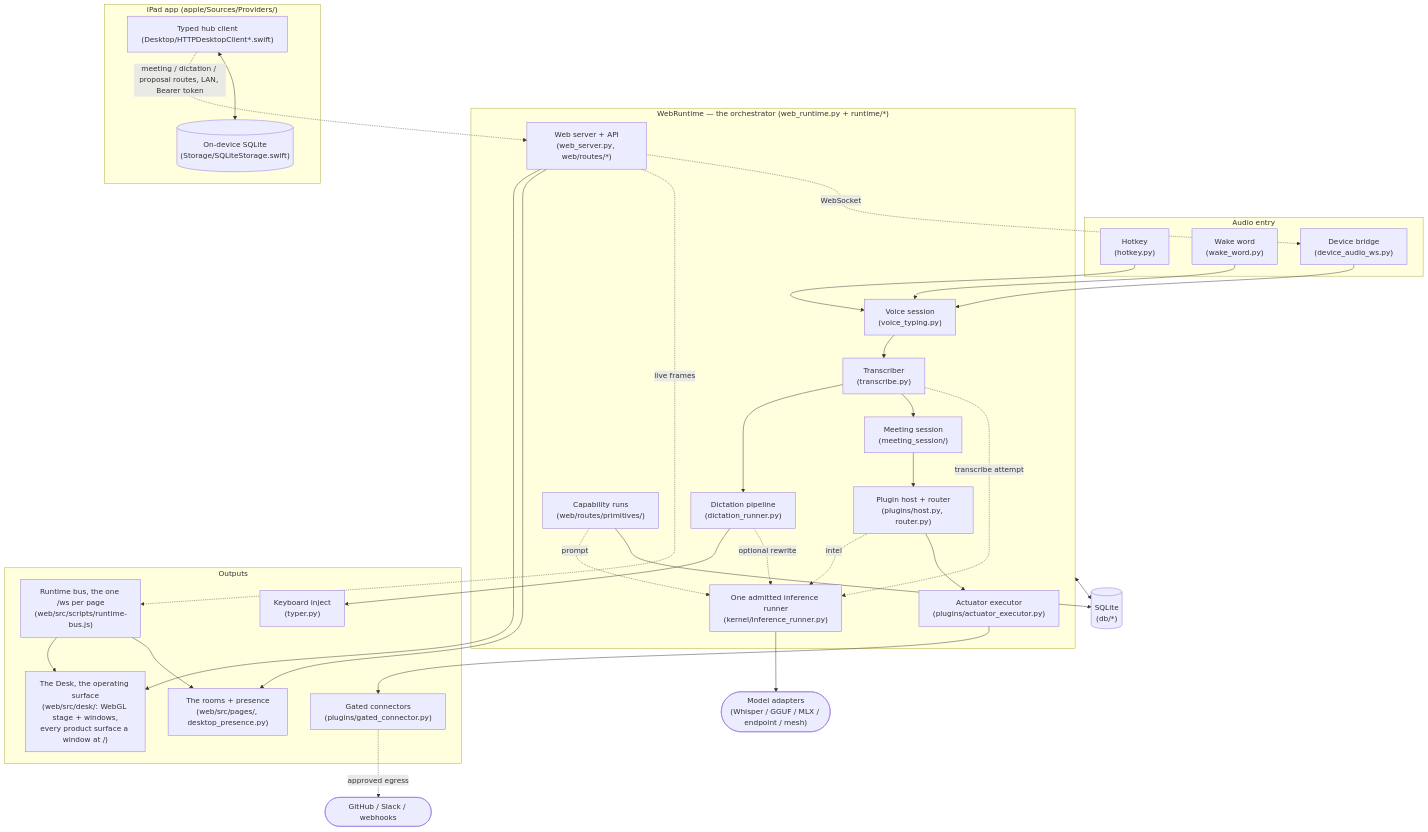
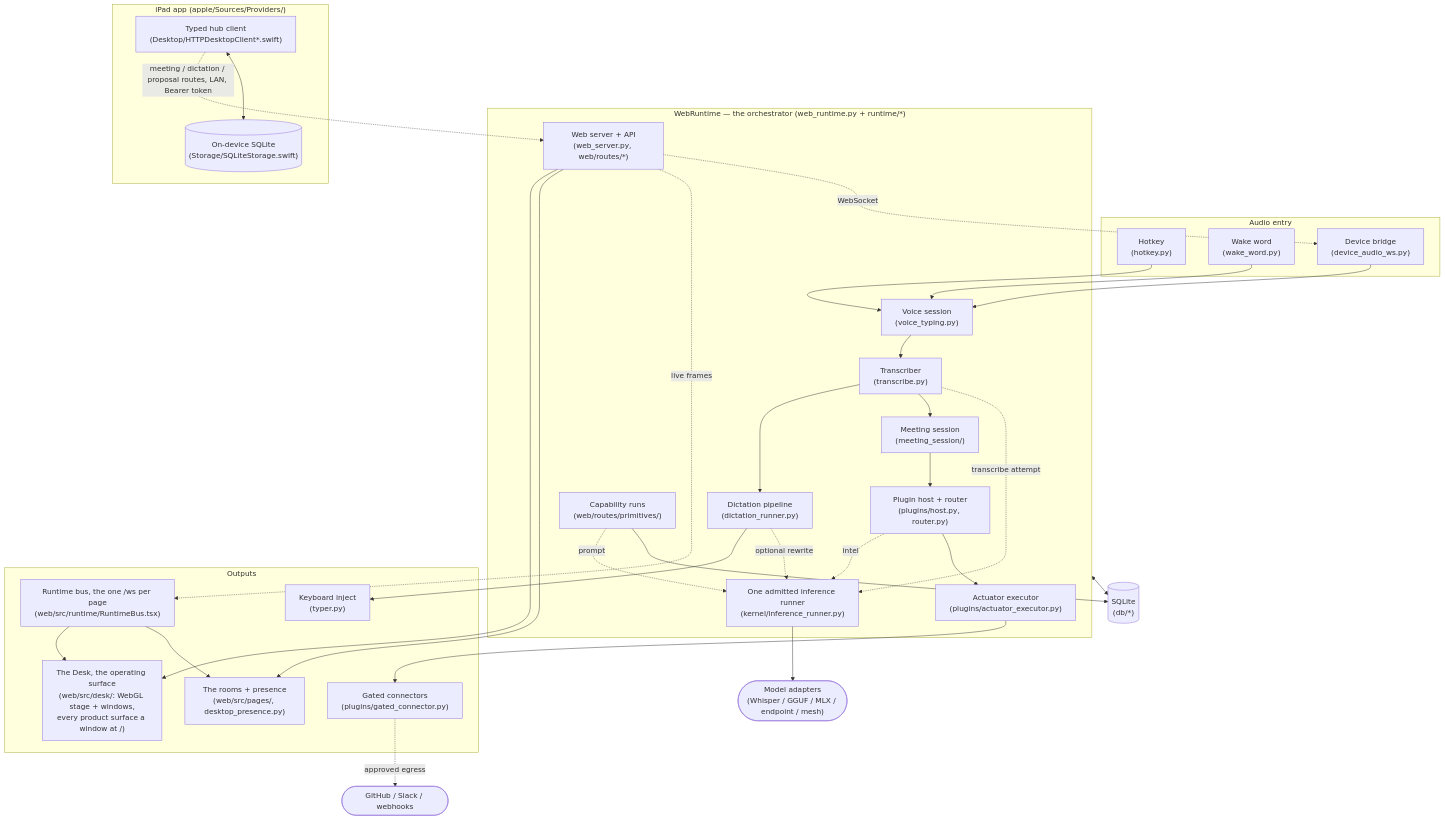
Before and after one commit to karolswdev/HoldSpeak: the first of 10 diagrams in docs/ARCHITECTURE.md, drawn with Mermaid. The commit also changed other lines of this file and 41 other files, not shown here.

````diff
--- a/docs/ARCHITECTURE.md
+++ b/docs/ARCHITECTURE.md
@@ -117,63 +118,63 @@
 ```mermaid
 flowchart TB
   subgraph entry["Audio entry"]
     HK["Hotkey<br/>(hotkey.py)"]
     WW["Wake word<br/>(wake_word.py)"]
     DEV["Device bridge<br/>(device_audio_ws.py)"]
   end
 
   subgraph runtime["WebRuntime — the orchestrator (web_runtime.py + runtime/*)"]
     VS["Voice session<br/>(voice_typing.py)"]
     TR["Transcriber<br/>(transcribe.py)"]
     DR["Dictation pipeline<br/>(dictation_runner.py)"]
     MS["Meeting session<br/>(meeting_session/)"]
     PH["Plugin host + router<br/>(plugins/host.py, router.py)"]
     RUN["Capability runs<br/>(web/routes/primitives/)"]
     IR["One admitted inference runner<br/>(kernel/inference_runner.py)"]
     AX["Actuator executor<br/>(plugins/actuator_executor.py)"]
     SRV["Web server + API<br/>(web_server.py, web/routes/*)"]
   end
 
   subgraph out["Outputs"]
     TY["Keyboard inject<br/>(typer.py)"]
     DESK["The Desk, the operating surface<br/>(web/src/desk/: WebGL stage + windows,<br/>every product surface a window at /)"]
     UI["The rooms + presence<br/>(web/src/pages/, desktop_presence.py)"]
-    BUS["Runtime bus, the one /ws per page<br/>(web/src/scripts/runtime-bus.js)"]
+    BUS["Runtime bus, the one /ws per page<br/>(web/src/runtime/RuntimeBus.tsx)"]
     CN["Gated connectors<br/>(plugins/gated_connector.py)"]
   end
 
   subgraph ipad["iPad app (apple/Sources/Providers/)"]
     HC["Typed hub client<br/>(Desktop/HTTPDesktopClient*.swift)"]
     LS[("On-device SQLite<br/>(Storage/SQLiteStorage.swift)")]
   end
 
   DB[("SQLite<br/>(db/*)")]
   MODEL(["Model adapters<br/>(Whisper / GGUF / MLX / endpoint / mesh)"])
 
   HK --> VS
   WW --> VS
   DEV --> VS
   VS --> TR
   TR --> DR
   TR --> MS
   TR -. "transcribe attempt" .-> IR
   DR --> TY
   DR -. "optional rewrite" .-> IR
   MS --> PH
   PH -. "intel" .-> IR
   IR --> MODEL
   PH --> AX
   AX --> CN
   CN -. "approved egress" .-> EXT(["GitHub / Slack / webhooks"])
   SRV --> DESK
   SRV --> UI
   SRV -. "live frames" .-> BUS
   BUS --> DESK
   BUS --> UI
   RUN -. "prompt" .-> IR
   RUN --> DB
   runtime <--> DB
   SRV -. "WebSocket" .-> DEV
   HC -. "meeting / dictation / proposal routes, LAN, Bearer token" .-> SRV
   HC <--> LS
 ```
````
